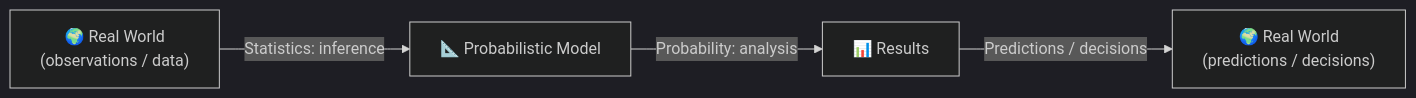
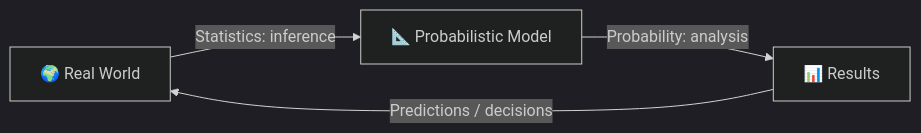
One commit to nv-mldev/math-bootcamp changed the diagram in book-web/chapters/probability/what_is_probability.qmd. Above: the diagram before and after it, drawn with Mermaid (dark theme).

Commit message:
fix Mermaid diagram: single Real World node forming a cycle, remove \n

````diff
--- a/book-web/chapters/probability/what_is_probability.qmd
+++ b/book-web/chapters/probability/what_is_probability.qmd
@@ -488,11 +488,10 @@
 ```{mermaid}
 flowchart LR
-    RW1["🌍 Real World\n(observations / data)"]
+    RW["🌍 Real World"]
     PM["📐 Probabilistic Model"]
     R["📊 Results"]
-    RW2["🌍 Real World\n(predictions / decisions)"]
 
-    RW1 -->|"Statistics: inference"| PM
-    PM  -->|"Probability: analysis"| R
-    R   -->|"Predictions / decisions"| RW2
+    RW -->|"Statistics: inference"| PM
+    PM -->|"Probability: analysis"| R
+    R  -->|"Predictions / decisions"| RW
 ```
````
